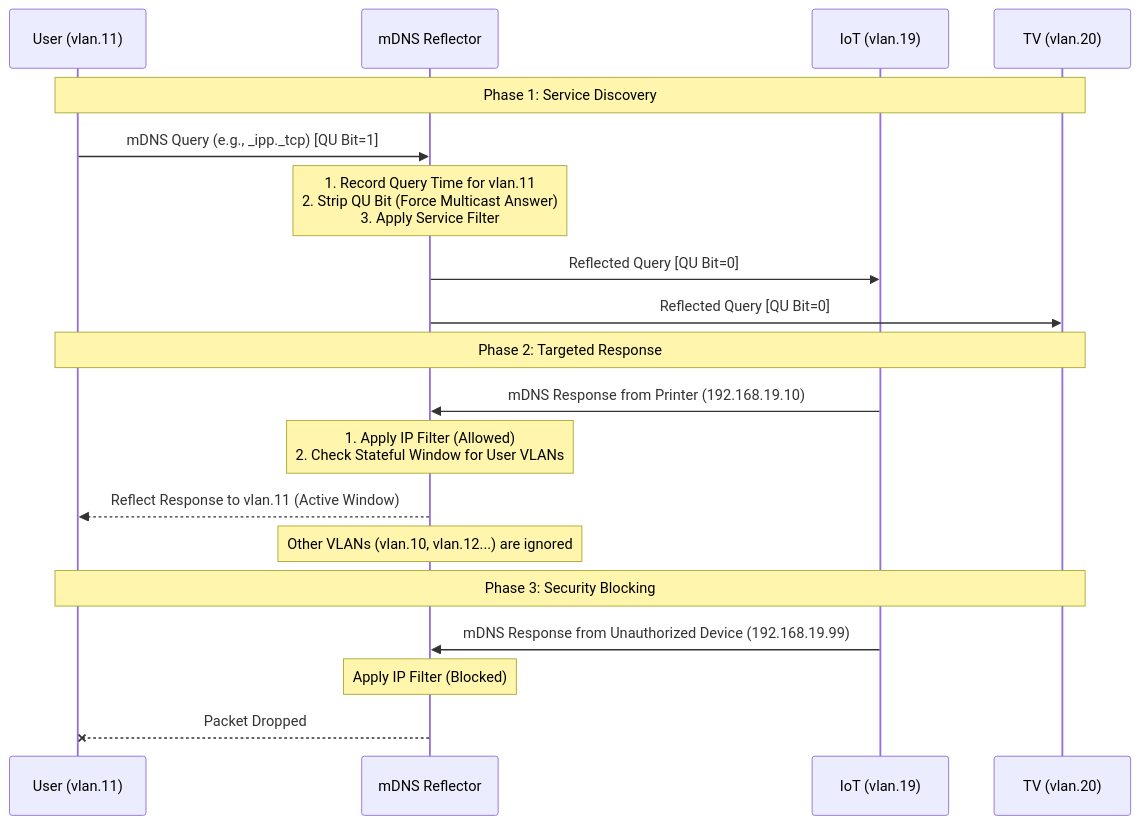
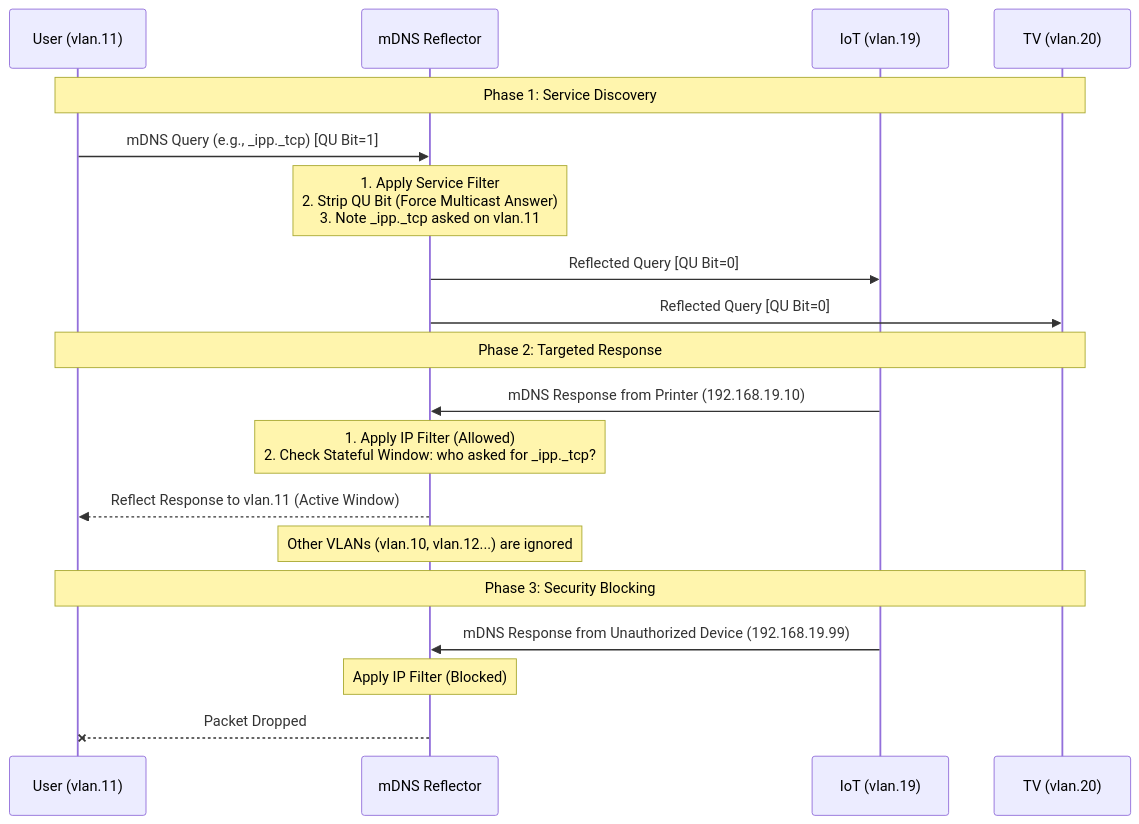
One commit to grooverlabs/mdns-reflector changed the diagram in README.md. Above: the diagram before and after it, drawn with Mermaid. The commit also changed other lines of this file and 1 other file, not shown here.

````diff
--- a/README.md
+++ b/README.md
@@ -43,28 +50,28 @@
 ```mermaid
 sequenceDiagram
     participant UserVLAN as User (vlan.11)
     participant Reflector as mDNS Reflector
     participant IoTVLAN as IoT (vlan.19)
     participant TVVLAN as TV (vlan.20)
 
     Note over UserVLAN, TVVLAN: Phase 1: Service Discovery
     UserVLAN->>Reflector: mDNS Query (e.g., _ipp._tcp) [QU Bit=1]
     
-    Note over Reflector: 1. Record Query Time for vlan.11<br/>2. Strip QU Bit (Force Multicast Answer)<br/>3. Apply Service Filter
+    Note over Reflector: 1. Apply Service Filter<br/>2. Strip QU Bit (Force Multicast Answer)<br/>3. Note _ipp._tcp asked on vlan.11
     
     Reflector->>IoTVLAN: Reflected Query [QU Bit=0]
     Reflector->>TVVLAN: Reflected Query [QU Bit=0]
 
     Note over UserVLAN, TVVLAN: Phase 2: Targeted Response
     IoTVLAN->>Reflector: mDNS Response from Printer (192.168.19.10)
     
-    Note over Reflector: 1. Apply IP Filter (Allowed)<br/>2. Check Stateful Window for User VLANs
+    Note over Reflector: 1. Apply IP Filter (Allowed)<br/>2. Check Stateful Window: who asked for _ipp._tcp?
     
     Reflector-->>UserVLAN: Reflect Response to vlan.11 (Active Window)
     Note over Reflector: Other VLANs (vlan.10, vlan.12...) are ignored
 
     Note over UserVLAN, TVVLAN: Phase 3: Security Blocking
     IoTVLAN->>Reflector: mDNS Response from Unauthorized Device (192.168.19.99)
     Note over Reflector: Apply IP Filter (Blocked)
     Reflector--xUserVLAN: Packet Dropped
 ```
````
